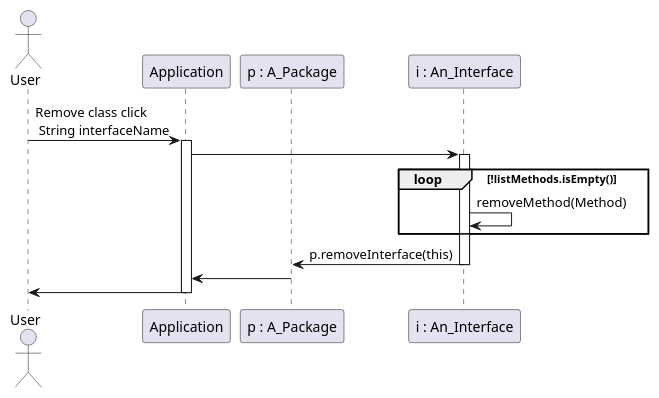
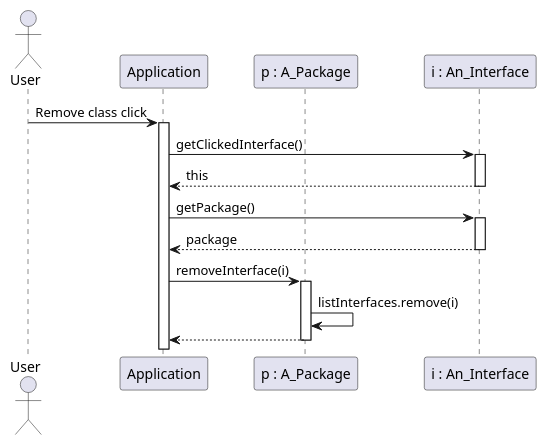
Before and after one commit to Phalexei/Modeleur: the diagram in src/com/github/tomap/uml/conception/sequenceDiagrams/removeInterface.puml, drawn with PlantUML. The commit also changed 8 other files, not shown here.

Commit message:
Travail des diagrammes de séquences de conception

```diff
--- a/src/com/github/tomap/uml/conception/sequenceDiagrams/removeInterface.puml
+++ b/src/com/github/tomap/uml/conception/sequenceDiagrams/removeInterface.puml
@@ -1,26 +1,29 @@
 @startuml
 
     actor User as u
     participant Application as a
     participant "p : A_Package" as p
     participant "i : An_Interface" as i
 
-	u -> a: Remove class click\n String interfaceName
+        u -> a: Remove class click
 	activate a
 
-	a -> i:
+        a -> i: getClickedInterface()
+        activate i
+
+        i --> a: this
+        deactivate i
+
+	a -> i: getPackage()
 	activate i
+        i --> a: package
+        deactivate i
 
-	loop !listMethods.isEmpty()
-		i -> i: removeMethod(Method)
-	end
-
-	i -> p: p.removeInterface(this)
-	deactivate i
-
-	p -> a
-	a -> u
-	deactivate a
+	a -> p: removeInterface(i)
+        activate p
+        p -> p: listInterfaces.remove(i)
+        p --> a
+	deactivate p
 
 
 @enduml
```
